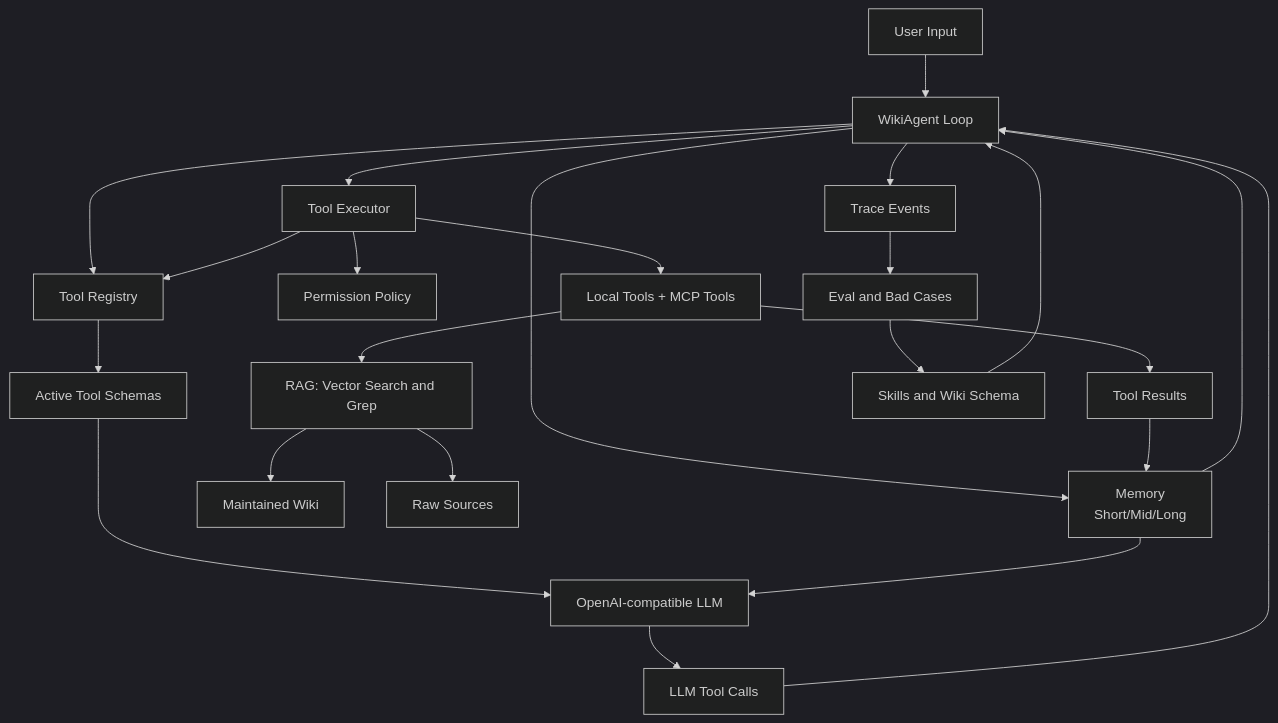
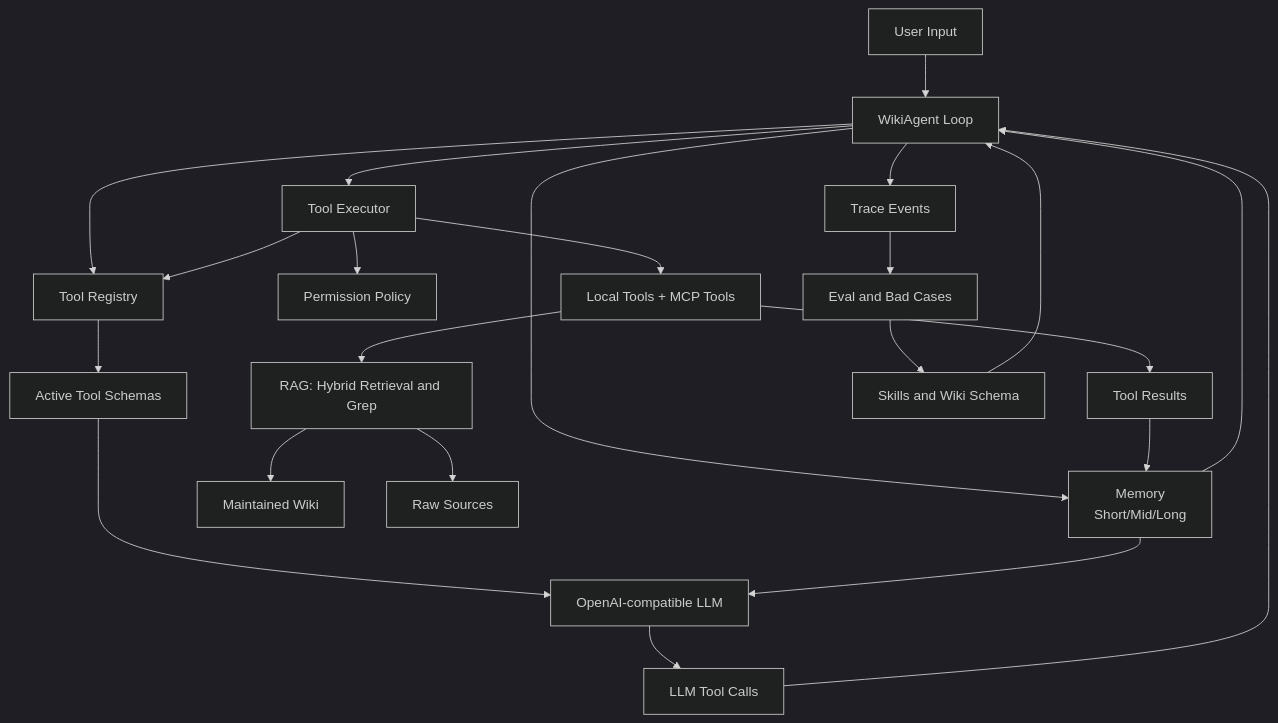
Before and after one commit to liushupeng/wiki-agent: the first of 2 diagrams in README.md, drawn with Mermaid (dark theme). The commit also changed other lines of this file and 6 other files, not shown here.

````diff
--- a/README.md
+++ b/README.md
@@ -22,27 +22,27 @@
 ```mermaid
 flowchart TD
     userInput["User Input"] --> agentLoop["WikiAgent Loop"]
     agentLoop --> memory["Memory<br>Short/Mid/Long"]
     agentLoop --> registry["Tool Registry"]
     registry --> toolSchemas["Active Tool Schemas"]
     toolSchemas --> model["OpenAI-compatible LLM"]
     memory --> model
     model --> toolCalls["LLM Tool Calls"]
     toolCalls --> agentLoop
     agentLoop --> executor["Tool Executor"]
     executor --> policy["Permission Policy"]
     executor --> registry
     executor --> tools["Local Tools + MCP Tools"]
     tools --> toolResults["Tool Results"]
     toolResults --> memory
     memory --> agentLoop
 
-    tools --> ragLayer["RAG: Vector Search and Grep"]
+    tools --> ragLayer["RAG: Hybrid Retrieval and Grep"]
     ragLayer --> wikiLayer["Maintained Wiki"]
     ragLayer --> rawSources["Raw Sources"]
 
     agentLoop --> trace["Trace Events"]
     trace --> evalLoop["Eval and Bad Cases"]
     evalLoop --> skills["Skills and Wiki Schema"]
     skills --> agentLoop
 ```
````
